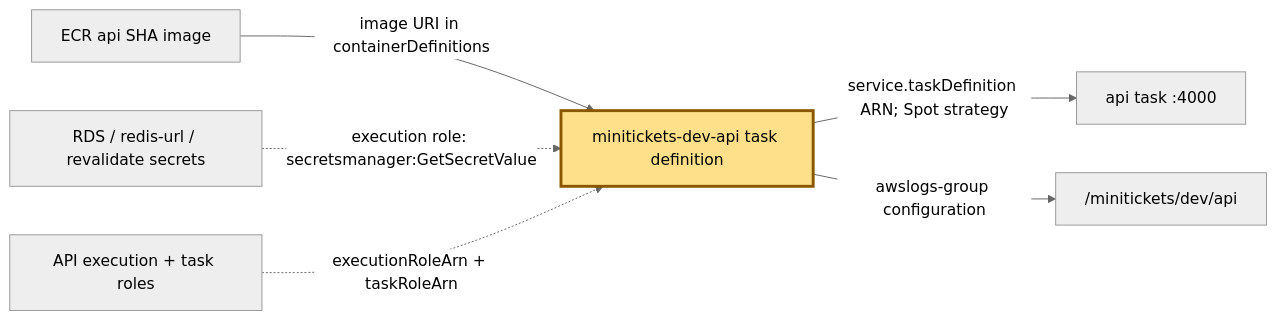
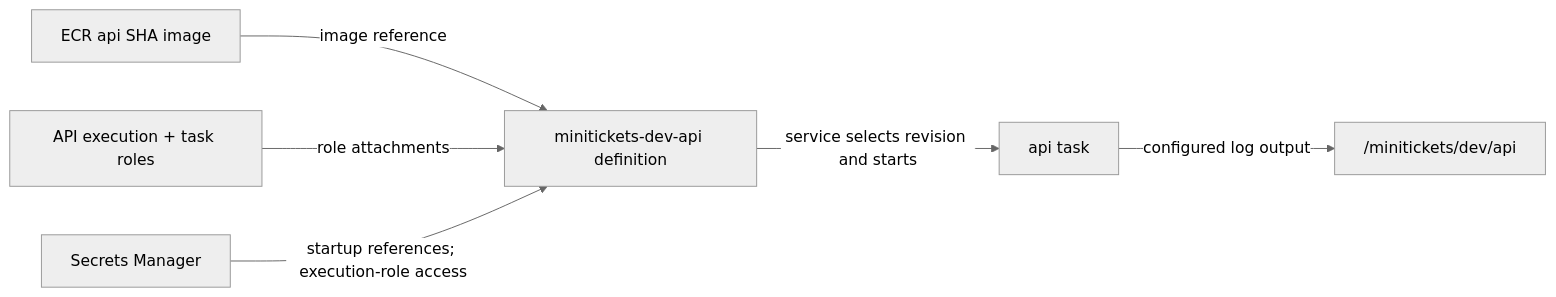
The diagram in docs/handbook/concepts/task-definition.md (maheshnd/minitickets), drawn with Mermaid (neutral theme) before and after one commit. The commit also changed other lines of this file and 39 other files, not shown here.

````diff
--- a/docs/handbook/concepts/task-definition.md
+++ b/docs/handbook/concepts/task-definition.md
@@ -13,10 +17,8 @@
 ```mermaid
 flowchart LR
-    E["ECR api SHA image"] -->|"image URI in containerDefinitions"| D["minitickets-dev-api task definition"]
-    S["RDS / redis-url / revalidate secrets"] -.->|"execution role: secretsmanager:GetSecretValue"| D
-    R["API execution + task roles"] -.->|"executionRoleArn + taskRoleArn"| D
-    D -->|"service.taskDefinition ARN; Spot strategy"| A["api task :4000"]
-    D -->|"awslogs-group configuration"| L["/minitickets/dev/api"]
-    classDef focus fill:#ffe08a,stroke:#8a5700,stroke-width:3px
-    class D focus
+    image["ECR api SHA image"] -->|"image reference"| recipe["minitickets-dev-api definition"]
+    roles["API execution + task roles"] -->|"role attachments"| recipe
+    secrets["Secrets Manager"] -->|"startup references; execution-role access"| recipe
+    recipe -->|"service selects revision and starts"| task["api task"]
+    task -->|"configured log output"| logs["/minitickets/dev/api"]
 ```
````
